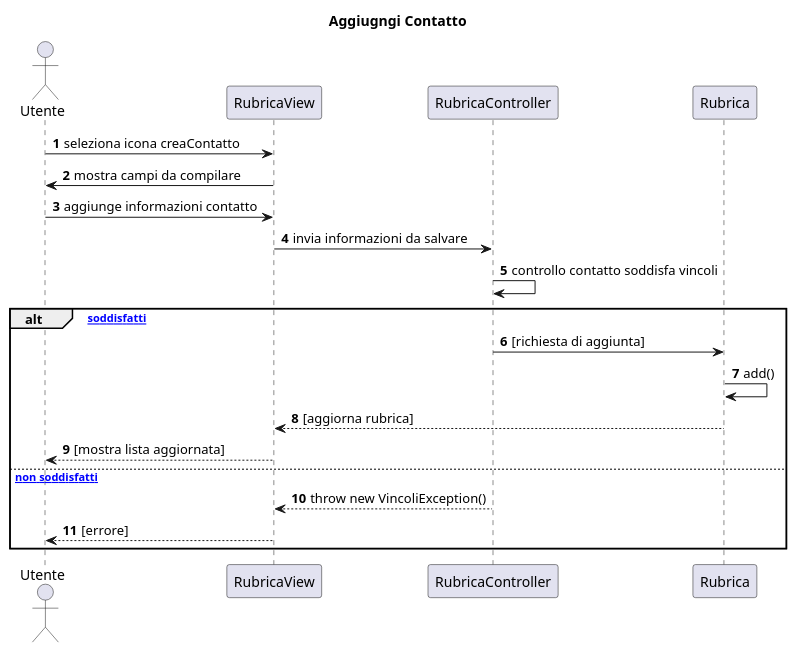
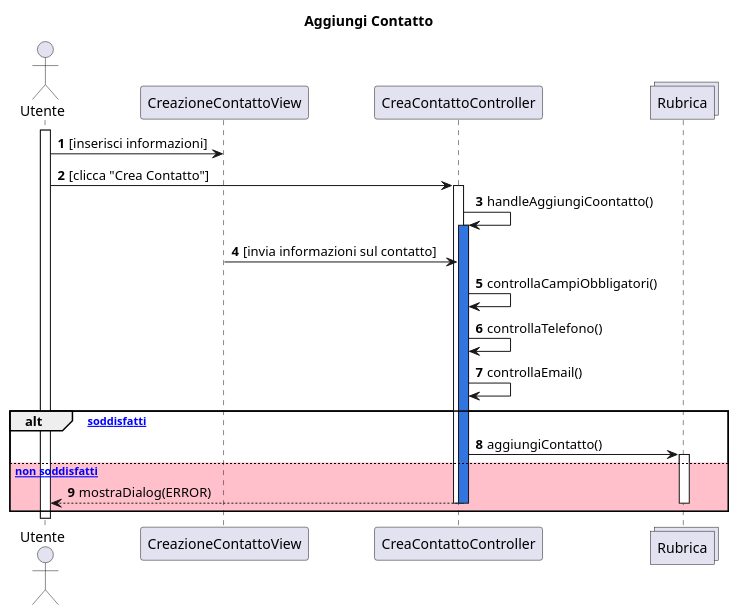
One commit to emanueletocci/uni-swe-project changed the diagram in docs/bozze/Diagrammi/Sequenza/ScenarioAggiungiContatto.puml. Above: the diagram before and after it, drawn with PlantUML.

```diff
--- a/docs/bozze/Diagrammi/Sequenza/ScenarioAggiungiContatto.puml
+++ b/docs/bozze/Diagrammi/Sequenza/ScenarioAggiungiContatto.puml
@@ -1,23 +1,32 @@
-@startuml Aggiunta contatto
-title Aggiugngi Contatto
+@startuml
+title Aggiungi Contatto
 autonumber
 actor Utente
-participant RubricaView
-participant RubricaController
-participant Rubrica
+participant CreazioneContattoView
+participant CreaContattoController
+collections Rubrica
 
-Utente -> RubricaView : seleziona icona creaContatto
-RubricaView->Utente: mostra campi da compilare
-Utente->RubricaView: aggiunge informazioni contatto
-RubricaView->RubricaController: invia informazioni da salvare
-RubricaController->RubricaController: controllo contatto soddisfa vincoli
+activate Utente
+Utente->CreazioneContattoView: [inserisci informazioni]
+Utente->CreaContattoController: [clicca "Crea Contatto"]
+activate CreaContattoController
+CreaContattoController -> CreaContattoController : handleAggiungiCoontatto()
+activate CreaContattoController #3375E0
+
+CreazioneContattoView-> CreaContattoController : [invia informazioni sul contatto]
+CreaContattoController-> CreaContattoController:  controllaCampiObbligatori()
+CreaContattoController-> CreaContattoController:  controllaTelefono()
+CreaContattoController-> CreaContattoController:  controllaEmail()
+
 alt [vincoli soddisfatti]
-RubricaController->Rubrica: [richiesta di aggiunta]
-Rubrica->Rubrica: add()
-Rubrica-->RubricaView: [aggiorna rubrica]
-RubricaView-->Utente: [mostra lista aggiornata]
- else [vincoli non soddisfatti]
-RubricaController-->RubricaView: throw new VincoliException()
-RubricaView-->Utente: [errore]
+CreaContattoController-> Rubrica : aggiungiContatto()
+activate Rubrica
+else #pink [vincoli non soddisfatti] 
+CreaContattoController-->Utente: mostraDialog(ERROR)
+deactivate CreaContattoController
+deactivate CreaContattoController
+deactivate Rubrica
 end
+deactivate Utente
+
 @enduml
```
